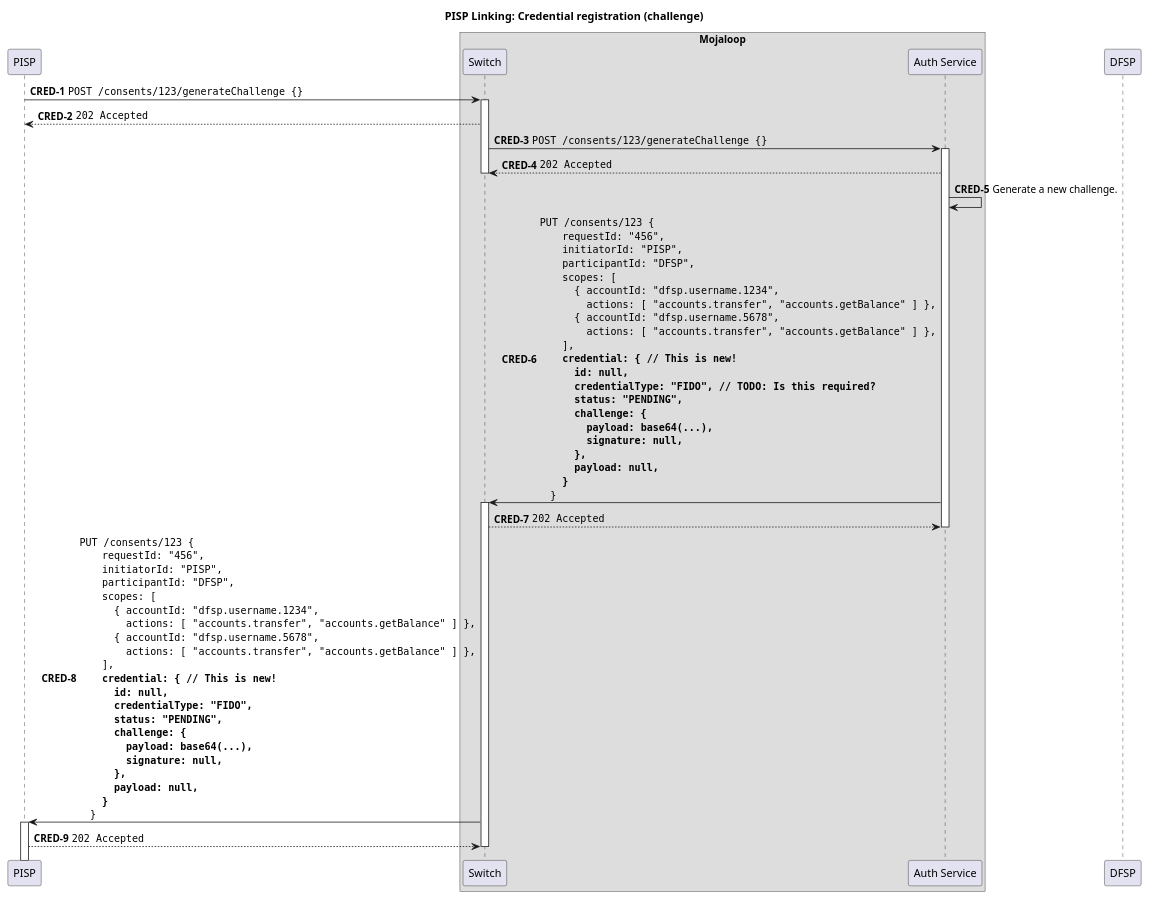
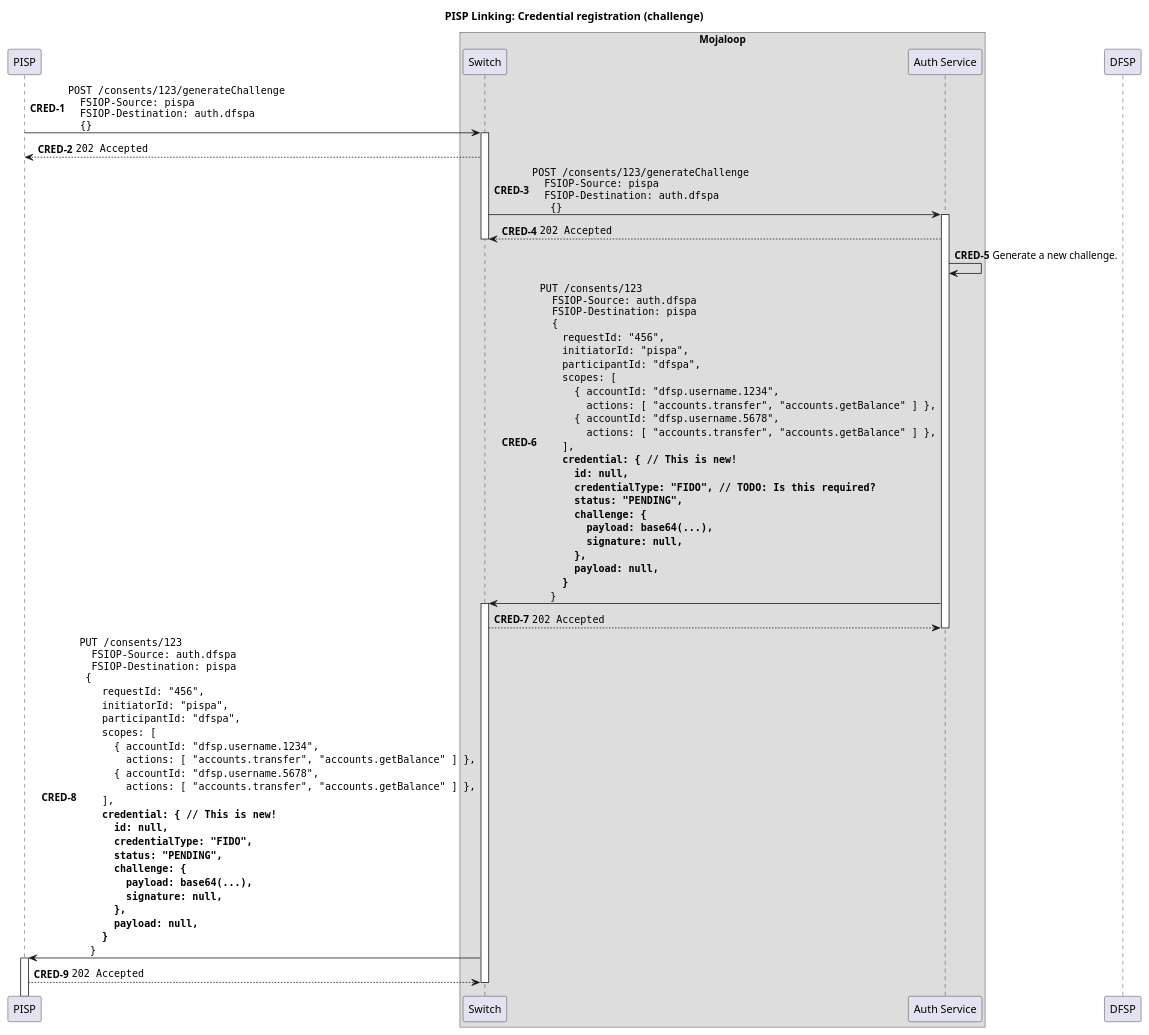
One commit to mojaloop/pisp-project changed the diagram in docs/linking/5a-credential-registration.puml. Above: the diagram before and after it, drawn with PlantUML. The commit also changed 9 other files, not shown here.

Commit message:
feat: update sequence diagrams to show correct headers

```diff
--- a/docs/linking/5a-credential-registration.puml
+++ b/docs/linking/5a-credential-registration.puml
@@ -1,75 +1,87 @@
 @startuml
 
 !pragma teoz true
 
 title PISP Linking: Credential registration (challenge)
 
 participant "PISP" as PISP
 
 box "Mojaloop"
     participant Switch
     participant "Auth Service" as Auth
 end box
 
 participant "DFSP" as DFSP
 
 autonumber 1 "<b>CRED-#</b>"
 
-PISP -> Switch ++: ""POST /consents/123/generateChallenge {}""
+PISP -> Switch ++: ""POST /consents/123/generateChallenge""\n\
+""  FSIOP-Source: pispa""\n\
+""  FSIOP-Destination: auth.dfspa""\n\
+""  {}""
 Switch --> PISP: ""202 Accepted""
 deactivate PISP
 
-Switch -> Auth ++: ""POST /consents/123/generateChallenge {}""
+Switch -> Auth ++: ""POST /consents/123/generateChallenge""\n\
+""  FSIOP-Source: pispa""\n\
+""  FSIOP-Destination: auth.dfspa""\n\
+""   {}""
 Auth --> Switch: ""202 Accepted""
 deactivate Switch
 
 Auth -> Auth: Generate a new challenge.
-Auth -> Switch ++: ""PUT /consents/123 {""\n\
+Auth -> Switch ++: ""PUT /consents/123""\n\
+""  FSIOP-Source: auth.dfspa""\n\
+""  FSIOP-Destination: pispa""\n\
+""  {""\n\
     ""  requestId: "456",""\n\
-    ""  initiatorId: "PISP",""\n\
-    ""  participantId: "DFSP",""\n\
+    ""  initiatorId: "pispa",""\n\
+    ""  participantId: "dfspa",""\n\
     ""  scopes: [ ""\n\
     ""    { accountId: "dfsp.username.1234",""\n\
     ""      actions: [ "accounts.transfer", "accounts.getBalance" ] },""\n\
     ""    { accountId: "dfsp.username.5678",""\n\
     ""      actions: [ "accounts.transfer", "accounts.getBalance" ] },""\n\
     ""  ],""\n\
     ""  **credential: { // This is new!**""\n\
     ""    **id: null,**""\n\
     ""    **credentialType: "FIDO", // TODO: Is this required?**""\n\
     ""    **status: "PENDING",**""\n\
     ""    **challenge: {**""\n\
     ""      **payload: base64(...),**""\n\
     ""      **signature: null,**""\n\
     ""    **},**""\n\
     ""    **payload: null,**""\n\
     ""  **}**""\n\
     ""}""
 Switch --> Auth: ""202 Accepted""
 deactivate Auth
 
-Switch -> PISP ++: ""PUT /consents/123 {""\n\
+Switch -> PISP ++: ""PUT /consents/123""\n\
+""  FSIOP-Source: auth.dfspa""\n\
+""  FSIOP-Destination: pispa""\n\
+"" {""\n\
     ""  requestId: "456",""\n\
-    ""  initiatorId: "PISP",""\n\
-    ""  participantId: "DFSP",""\n\
+    ""  initiatorId: "pispa",""\n\
+    ""  participantId: "dfspa",""\n\
     ""  scopes: [ ""\n\
     ""    { accountId: "dfsp.username.1234",""\n\
     ""      actions: [ "accounts.transfer", "accounts.getBalance" ] },""\n\
     ""    { accountId: "dfsp.username.5678",""\n\
     ""      actions: [ "accounts.transfer", "accounts.getBalance" ] },""\n\
     ""  ],""\n\
     ""  **credential: { // This is new!**""\n\
     ""    **id: null,**""\n\
     ""    **credentialType: "FIDO",**""\n\
     ""    **status: "PENDING",**""\n\
     ""    **challenge: {**""\n\
     ""      **payload: base64(...),**""\n\
     ""      **signature: null,**""\n\
     ""    **},**""\n\
     ""    **payload: null,**""\n\
     ""  **}**""\n\
     ""}""
 PISP --> Switch: ""202 Accepted""
 deactivate Switch
 
 @enduml
```
